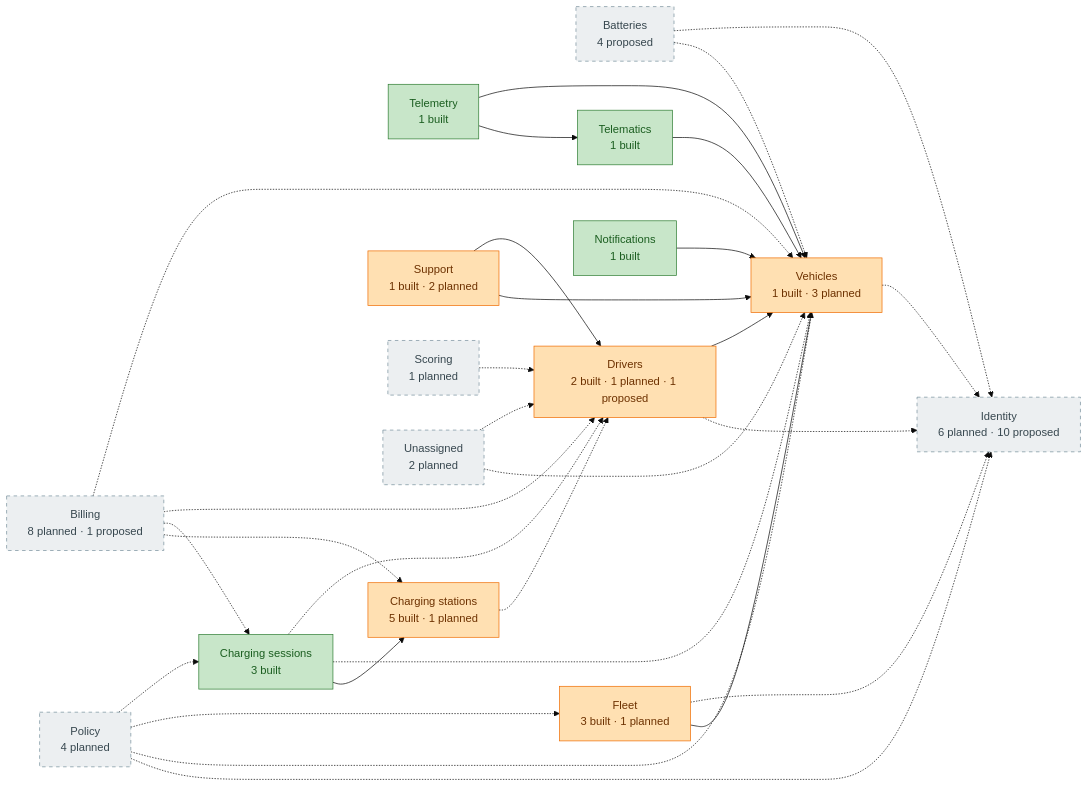
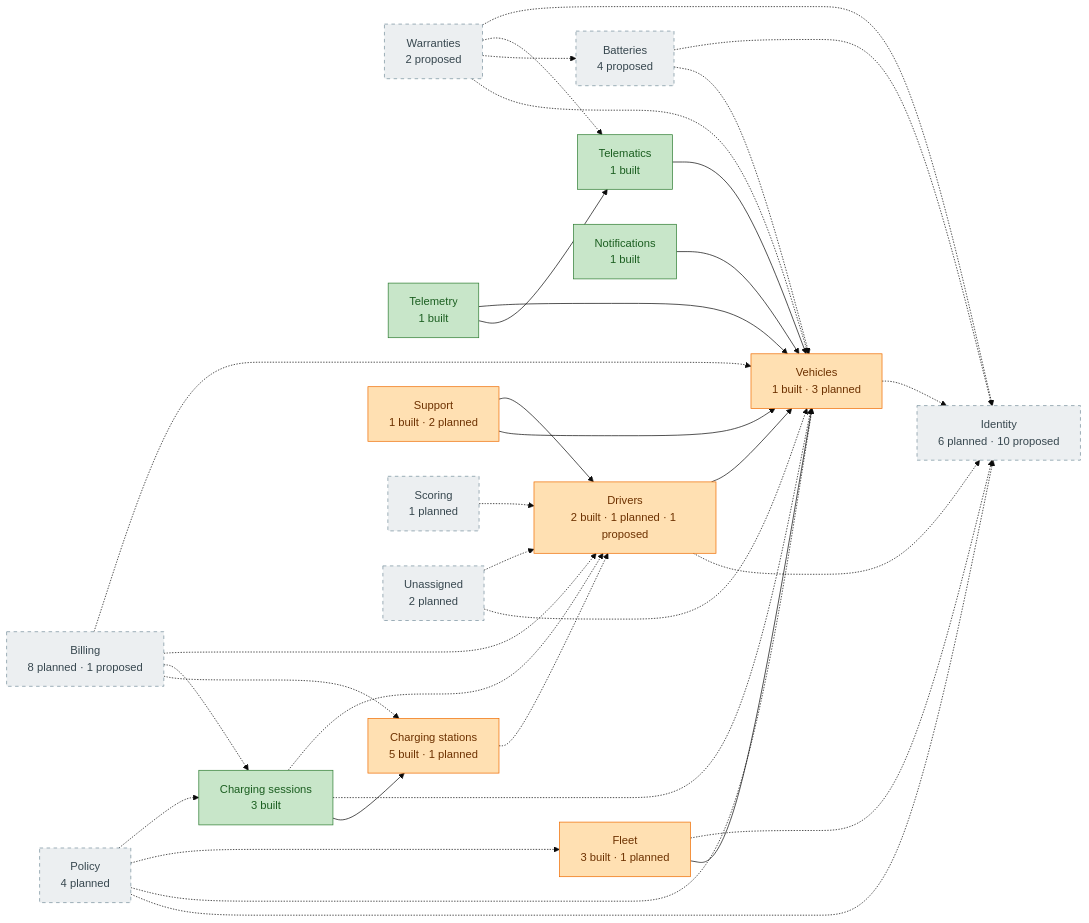
One commit to yolo-coccoc/G3Network-app changed the diagram in docs/design/domain-model/overview.md. Above: the diagram before and after it, drawn with Mermaid (base theme). The commit also changed other lines of this file and 24 other files, not shown here.

````diff
--- a/docs/design/domain-model/overview.md
+++ b/docs/design/domain-model/overview.md
@@ -28,49 +28,54 @@
 ```mermaid
 flowchart LR
   identity["Identity<br/>6 planned · 10 proposed"]:::planned
   vehicles["Vehicles<br/>1 built · 3 planned"]:::partial
   batteries["Batteries<br/>4 proposed"]:::planned
+  warranties["Warranties<br/>2 proposed"]:::planned
   telematics["Telematics<br/>1 built"]:::built
   telemetry["Telemetry<br/>1 built"]:::built
   drivers["Drivers<br/>2 built · 1 planned · 1 proposed"]:::partial
   fleet["Fleet<br/>3 built · 1 planned"]:::partial
   charging_stations["Charging stations<br/>5 built · 1 planned"]:::partial
   charging_sessions["Charging sessions<br/>3 built"]:::built
   notifications["Notifications<br/>1 built"]:::built
   support["Support<br/>1 built · 2 planned"]:::partial
   policy["Policy<br/>4 planned"]:::planned
   billing["Billing<br/>8 planned · 1 proposed"]:::planned
   scoring["Scoring<br/>1 planned"]:::planned
   unassigned["Unassigned<br/>2 planned"]:::planned
   batteries -.-> vehicles
+  warranties -.-> vehicles
+  warranties -.-> batteries
+  warranties -.-> telematics
   telematics --> vehicles
   telemetry --> telematics
   telemetry --> vehicles
   drivers -.-> identity
   drivers --> vehicles
   fleet --> vehicles
   fleet -.-> identity
   charging_stations -.-> drivers
   charging_sessions --> charging_stations
   charging_sessions -.-> vehicles
   charging_sessions -.-> drivers
   notifications --> vehicles
   support --> vehicles
   support --> drivers
   policy -.-> identity
   policy -.-> vehicles
   policy -.-> fleet
   policy -.-> charging_sessions
   billing -.-> charging_stations
   billing -.-> charging_sessions
   billing -.-> drivers
   billing -.-> vehicles
   scoring -.-> drivers
   unassigned -.-> vehicles
   unassigned -.-> drivers
   vehicles -.-> identity
   batteries -.-> identity
+  warranties -.-> identity
   classDef built fill:#C8E6C9,stroke:#2E7D32,color:#1B5E20
   classDef partial fill:#FFE0B2,stroke:#EF6C00,color:#6D3100
   classDef planned fill:#ECEFF1,stroke:#78909C,color:#37474F,stroke-dasharray:5 5
 ```
````
